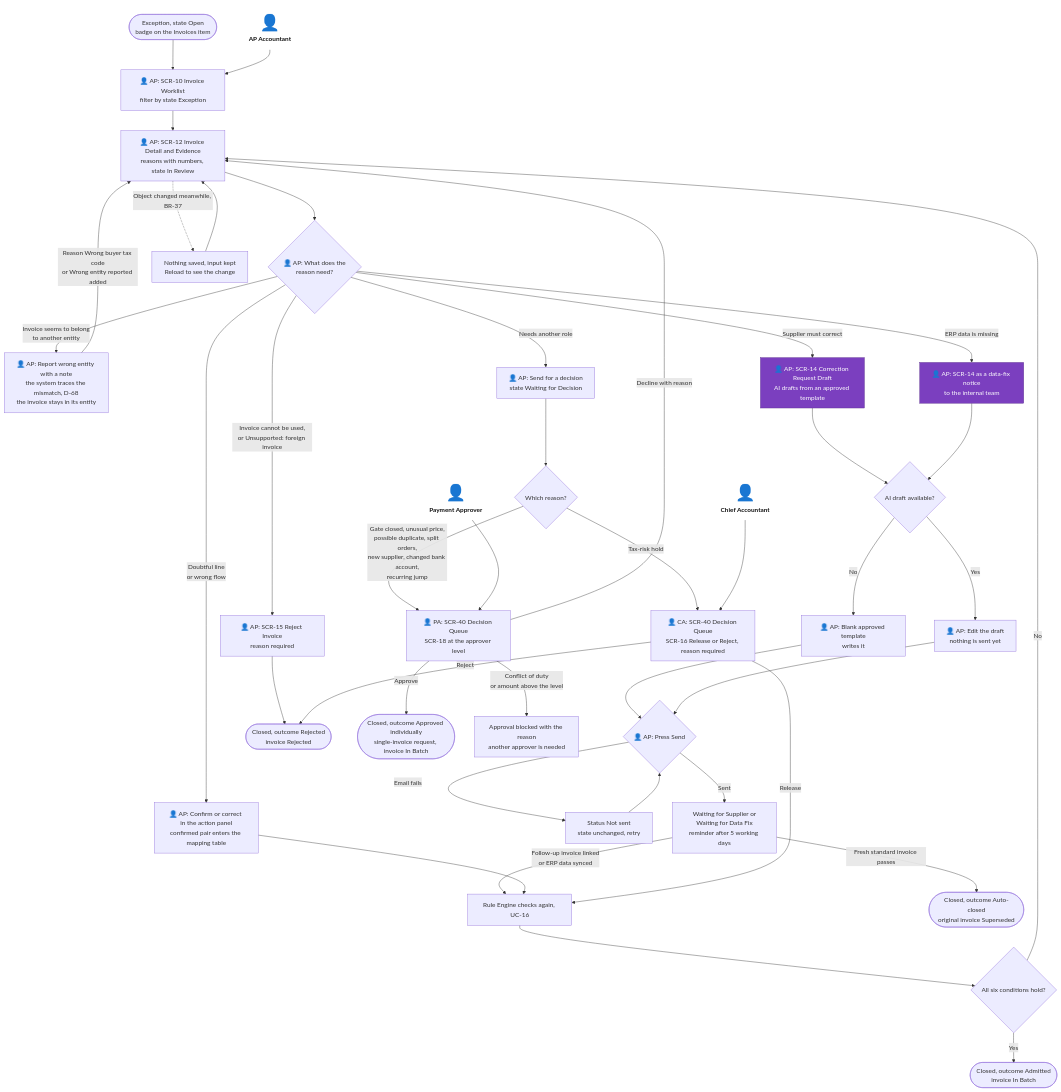
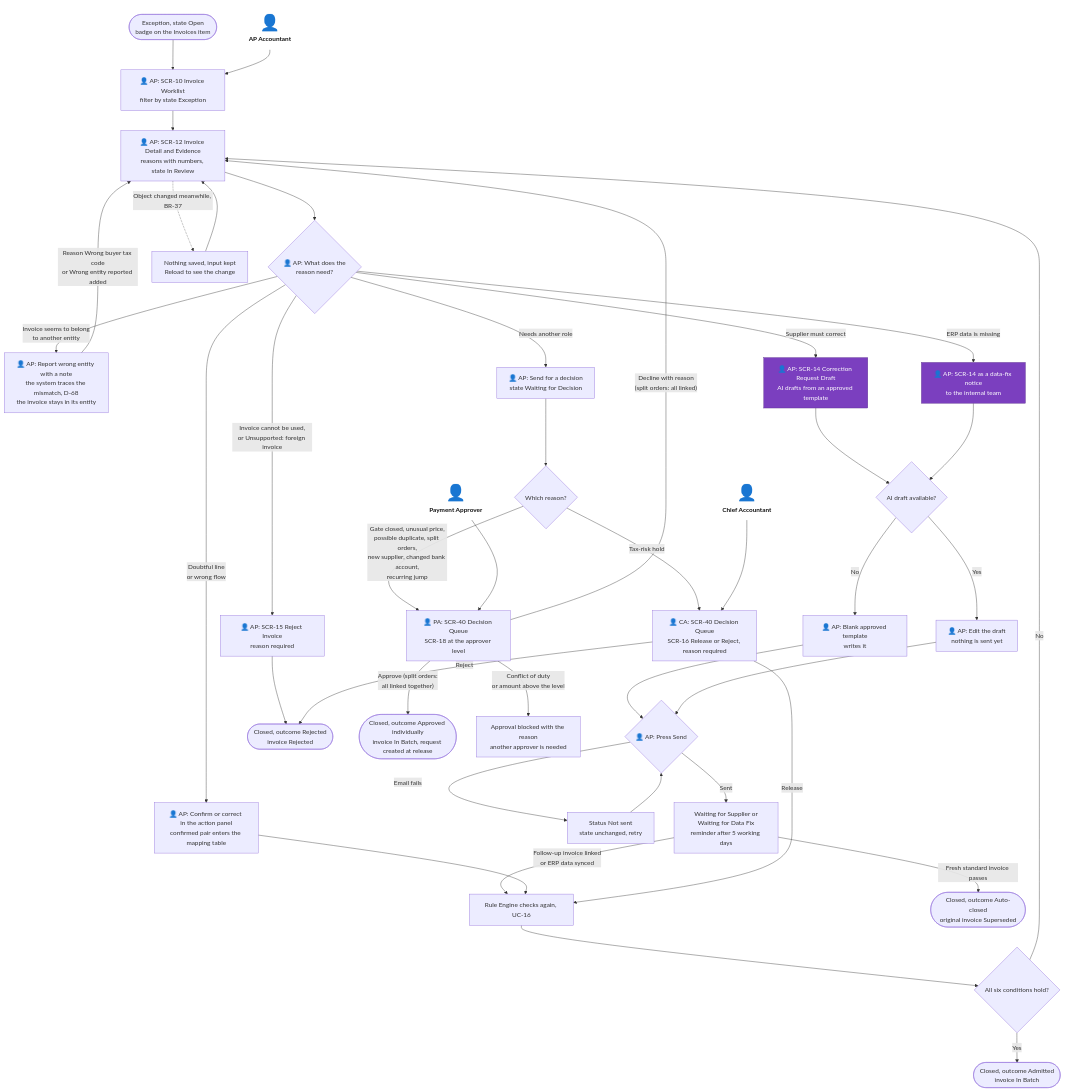
The second of 4 diagrams in docs/03-information-architecture/05-user-flows.md (minhtuann1102/MatchPay), drawn with Mermaid before and after one commit. The commit also changed 24 other files, not shown here.

````diff
--- a/docs/03-information-architecture/05-user-flows.md
+++ b/docs/03-information-architecture/05-user-flows.md
@@ -70,54 +70,54 @@
 ```mermaid
 flowchart TD
     actAp["<span style='font-size:40px'>👤</span><br/><b>AP Accountant</b>"]:::actor
     actCa["<span style='font-size:40px'>👤</span><br/><b>Chief Accountant</b>"]:::actor
     actPa["<span style='font-size:40px'>👤</span><br/><b>Payment Approver</b>"]:::actor
     start(["Exception, state Open<br/>badge on the Invoices item"]) --> list["👤 AP: SCR-10 Invoice Worklist<br/>filter by state Exception"]
     list --> detail["👤 AP: SCR-12 Invoice Detail and Evidence<br/>reasons with numbers, state In Review"]
     detail --> kind{"👤 AP: What does the<br/>reason need?"}
 
     kind -->|"Doubtful line<br/>or wrong flow"| fix["👤 AP: Confirm or correct in the action panel<br/>confirmed pair enters the mapping table"]
     kind -->|"Invoice seems to belong<br/>to another entity"| wrongent["👤 AP: Report wrong entity with a note<br/>the system traces the mismatch, D-68<br/>the invoice stays in its entity"]
     kind -->|"Supplier must correct"| draft["👤 AP: SCR-14 Correction Request Draft<br/>AI drafts from an approved template"]:::ai
     kind -->|"ERP data is missing"| notice["👤 AP: SCR-14 as a data-fix notice<br/>to the internal team"]:::ai
     kind -->|"Invoice cannot be used,<br/>or Unsupported: foreign invoice"| reject["👤 AP: SCR-15 Reject Invoice<br/>reason required"]
     kind -->|"Needs another role"| route["👤 AP: Send for a decision<br/>state Waiting for Decision"]
 
     draft --> aiok{"AI draft available?"}
     notice --> aiok
     aiok -->|"No"| blank["👤 AP: Blank approved template<br/>writes it"]
     aiok -->|"Yes"| edit["👤 AP: Edit the draft<br/>nothing is sent yet"]
     blank --> send
     edit --> send{"👤 AP: Press Send"}
     send -->|"Email fails"| notsent["Status Not sent<br/>state unchanged, retry"]
     notsent --> send
     send -->|"Sent"| waitsup["Waiting for Supplier or<br/>Waiting for Data Fix<br/>reminder after 5 working days"]
     waitsup -->|"Follow-up invoice linked<br/>or ERP data synced"| recheck
     waitsup -->|"Fresh standard invoice passes"| auto(["Closed, outcome Auto-closed<br/>original invoice Superseded"])
 
     wrongent -->|"Reason Wrong buyer tax code<br/>or Wrong entity reported added"| detail
     fix --> recheck["Rule Engine checks again, UC-16"]
     reject --> rejected(["Closed, outcome Rejected<br/>invoice Rejected"])
     recheck --> pass{"All six conditions hold?"}
     pass -->|"Yes"| admitted(["Closed, outcome Admitted<br/>invoice In Batch"])
     pass -->|"No"| detail
 
     route --> who{"Which reason?"}
     who -->|"Tax-risk hold"| hold["👤 CA: SCR-40 Decision Queue<br/>SCR-16 Release or Reject, reason required"]
     who -->|"Gate closed, unusual price,<br/>possible duplicate, split orders,<br/>new supplier, changed bank account,<br/>recurring jump"| approver["👤 PA: SCR-40 Decision Queue<br/>SCR-18 at the approver level"]
     hold -->|"Release"| recheck
     hold -->|"Reject"| rejected
-    approver -->|"Approve"| approved(["Closed, outcome Approved individually<br/>single-invoice request, invoice In Batch"])
-    approver -->|"Decline with reason"| detail
+    approver -->|"Approve (split orders:<br/>all linked together)"| approved(["Closed, outcome Approved individually<br/>invoice In Batch, request created at release"])
+    approver -->|"Decline with reason<br/>(split orders: all linked)"| detail
     approver -->|"Conflict of duty<br/>or amount above the level"| blocked["Approval blocked with the reason<br/>another approver is needed"]
 
     detail -.->|"Object changed meanwhile, BR-37"| reload["Nothing saved, input kept<br/>Reload to see the change"]
     reload --> detail
 
     actAp --> list
     actCa --> hold
     actPa --> approver
 
     classDef actor fill:none,stroke:none,color:#111
     classDef ai fill:#7b3fbf,color:#fff,stroke:#5a2d8c
 ```
````
